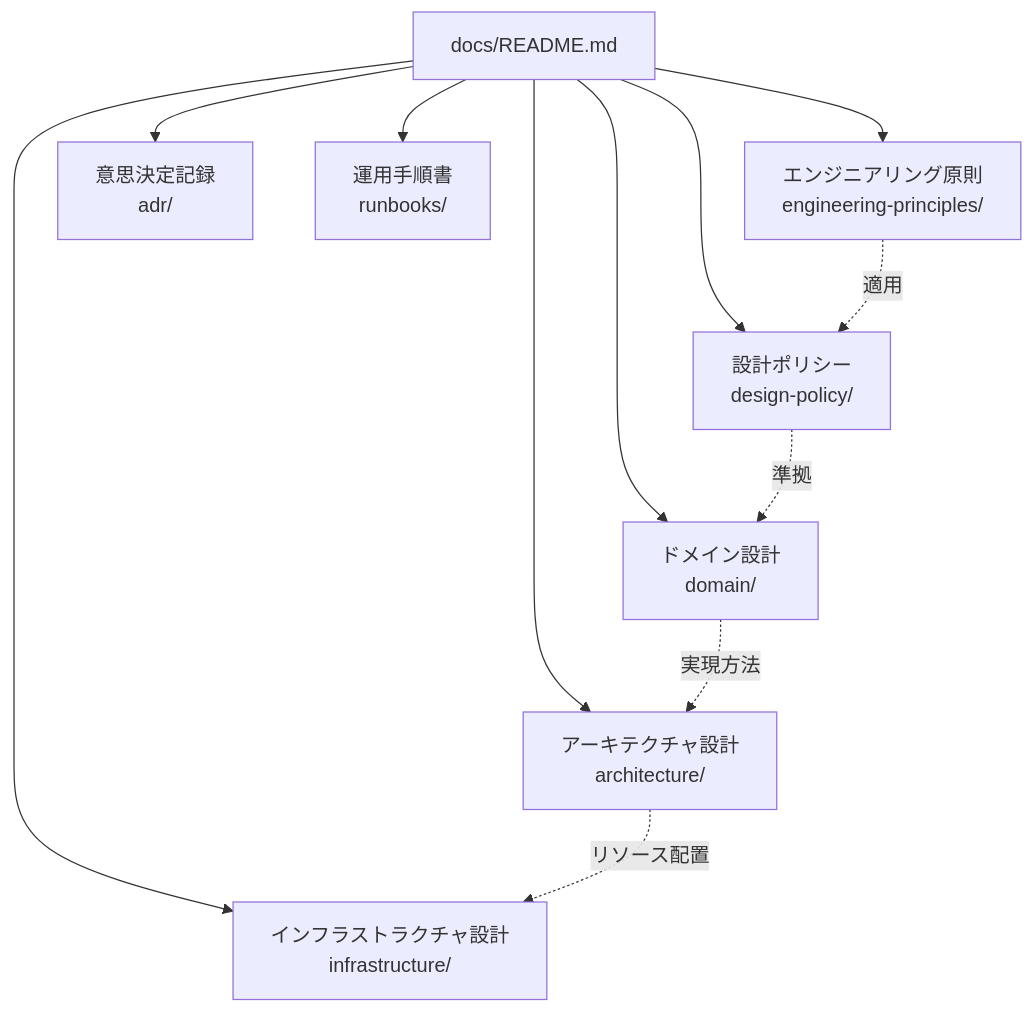
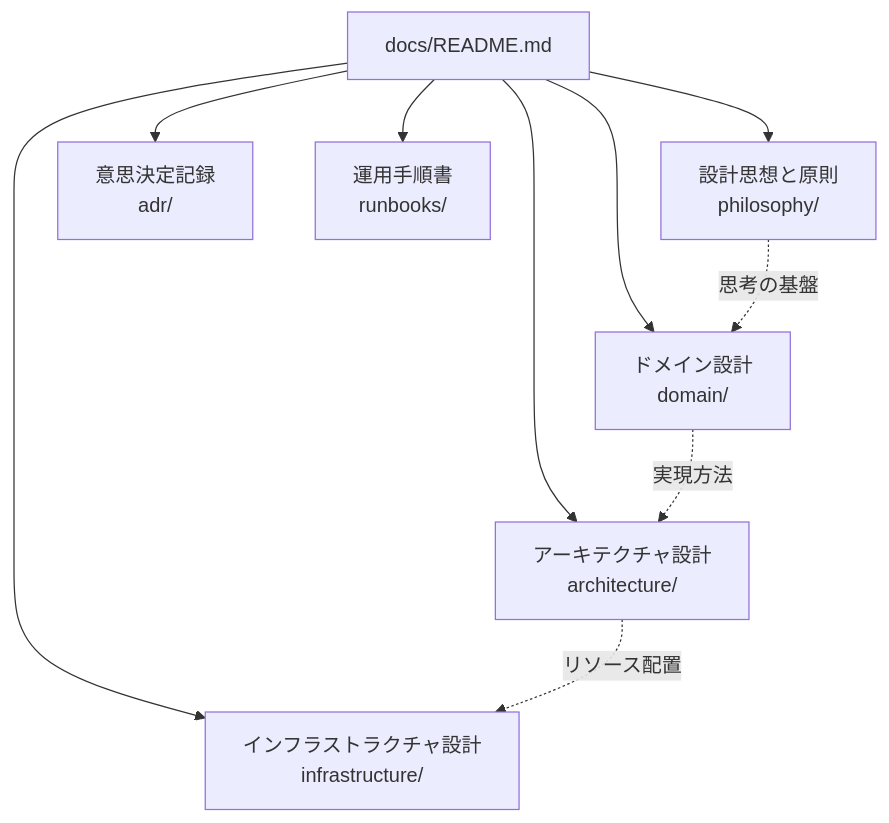
One commit to ojiverse/datawarehouse changed the first of 2 diagrams in docs/README.md. Above: the diagram before and after it, drawn with Mermaid. The commit also changed other lines of this file and 20 other files, not shown here.

First line of the commit message:
docs(philosophy): consolidate principles and policies into structured philosophy hierarchy

````diff
--- a/docs/README.md
+++ b/docs/README.md
@@ -11,24 +11,21 @@
 ```mermaid
 flowchart TD
     Root[docs/README.md]
-    Principles[エンジニアリング原則<br>engineering-principles/]
-    Policy[設計ポリシー<br>design-policy/]
+    Philosophy[設計思想と原則<br>philosophy/]
     Domain[ドメイン設計<br>domain/]
     Arch[アーキテクチャ設計<br>architecture/]
     Infra[インフラストラクチャ設計<br>infrastructure/]
     ADR[意思決定記録<br>adr/]
     Runbooks[運用手順書<br>runbooks/]
 
-    Root --> Principles
-    Root --> Policy
+    Root --> Philosophy
     Root --> Domain
     Root --> Arch
     Root --> Infra
     Root --> ADR
     Root --> Runbooks
 
-    Principles -.適用.-> Policy
-    Policy -.準拠.-> Domain
+    Philosophy -.思考の基盤.-> Domain
     Domain -.実現方法.-> Arch
     Arch -.リソース配置.-> Infra
 ```
````
